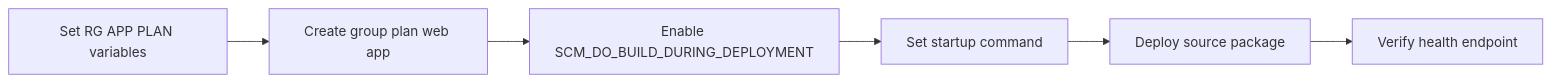
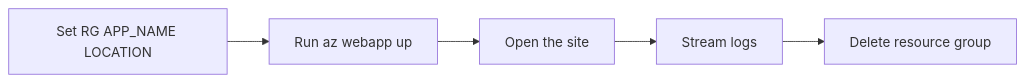
Before and after one commit to yeongseon/azure-app-service-practical-guide: the second of 2 diagrams in docs/language-guides/nodejs/02-first-deploy.md, drawn with Mermaid. The commit also changed other lines of this file and 18 other files, not shown here.

First line of the commit message:
refactor: simplify first-deploy tutorials, add private-network recipes and deployment docs

````diff
--- a/docs/language-guides/nodejs/02-first-deploy.md
+++ b/docs/language-guides/nodejs/02-first-deploy.md
@@ -68,8 +39,7 @@
 ```mermaid
 flowchart LR
-    A[Set RG APP PLAN variables] --> B[Create group plan web app]
-    B --> C[Enable SCM_DO_BUILD_DURING_DEPLOYMENT]
-    C --> D[Set startup command]
-    D --> E[Deploy source package]
-    E --> F[Verify health endpoint]
+    A[Set RG APP_NAME LOCATION] --> B[Run az webapp up]
+    B --> C[Open the site]
+    C --> D[Stream logs]
+    D --> E[Delete resource group]
 ```
````
